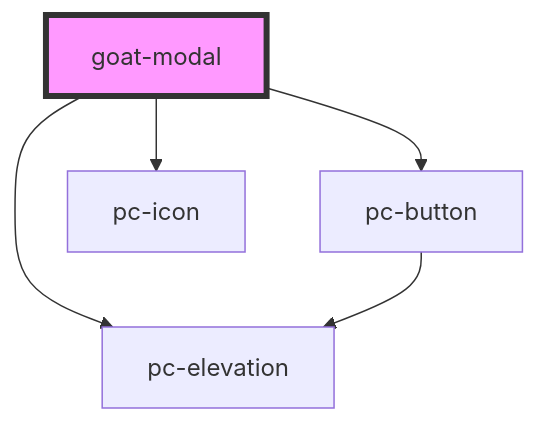
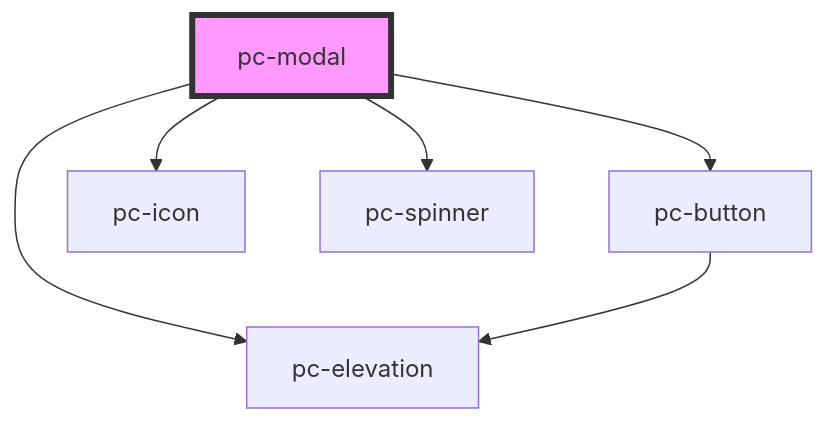
The diagram in src/components/modal/modal/readme.md (redvars/peacock), drawn with Mermaid before and after one commit. The commit also changed other lines of this file and 299 other files, not shown here.

````diff
--- a/src/components/modal/modal/readme.md
+++ b/src/components/modal/modal/readme.md
@@ -37,8 +38,9 @@
 ```mermaid
 graph TD;
-  goat-modal --> pc-elevation
-  goat-modal --> pc-button
-  goat-modal --> pc-icon
+  pc-modal --> pc-elevation
+  pc-modal --> pc-button
+  pc-modal --> pc-icon
+  pc-modal --> pc-spinner
   pc-button --> pc-elevation
-  style goat-modal fill:#f9f,stroke:#333,stroke-width:4px
+  style pc-modal fill:#f9f,stroke:#333,stroke-width:4px
 ```
````
